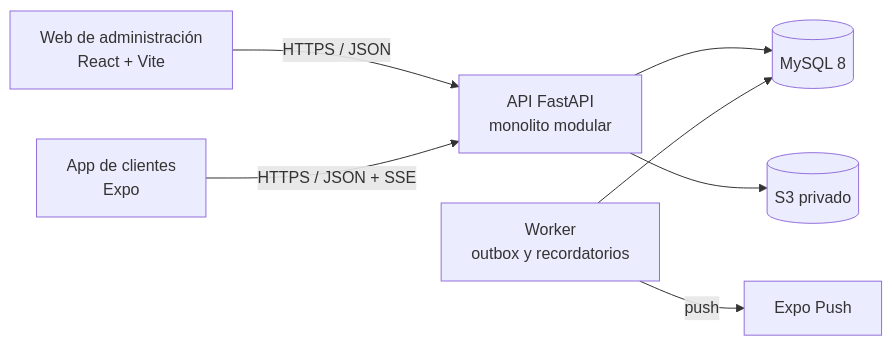
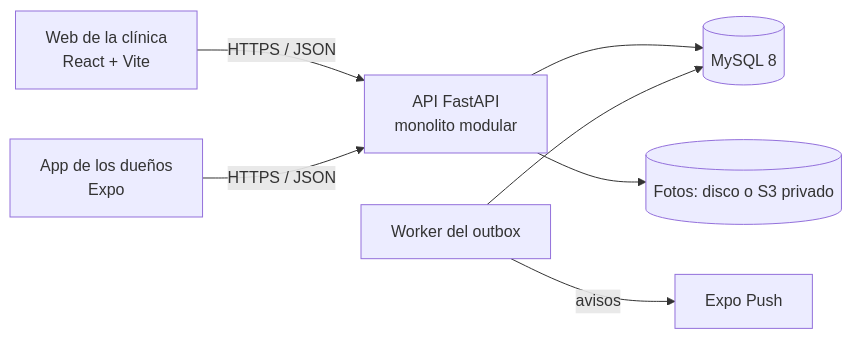
The diagram in README.md (RenzoVillafuerteTapia/vetcare), drawn with Mermaid before and after one commit. The commit also changed other lines of this file and 10 other files, not shown here.

Commit message:
docs: README de portafolio con capturas de la web y de la app

````diff
--- a/README.md
+++ b/README.md
@@ -36,9 +84,9 @@
 ```mermaid
 flowchart LR
-    web["Web de administración<br/>React + Vite"] -->|HTTPS / JSON| api
-    mobile["App de clientes<br/>Expo"] -->|HTTPS / JSON + SSE| api
+    web["Web de la clínica<br/>React + Vite"] -->|HTTPS / JSON| api
+    mobile["App de los dueños<br/>Expo"] -->|HTTPS / JSON| api
     api["API FastAPI<br/>monolito modular"] --> db[(MySQL 8)]
-    api --> s3[(S3 privado)]
-    worker["Worker<br/>outbox y recordatorios"] --> db
-    worker -->|push| expo["Expo Push"]
+    api --> files[(Fotos: disco o S3 privado)]
+    worker["Worker del outbox"] --> db
+    worker -->|avisos| expo["Expo Push"]
 ```
````
